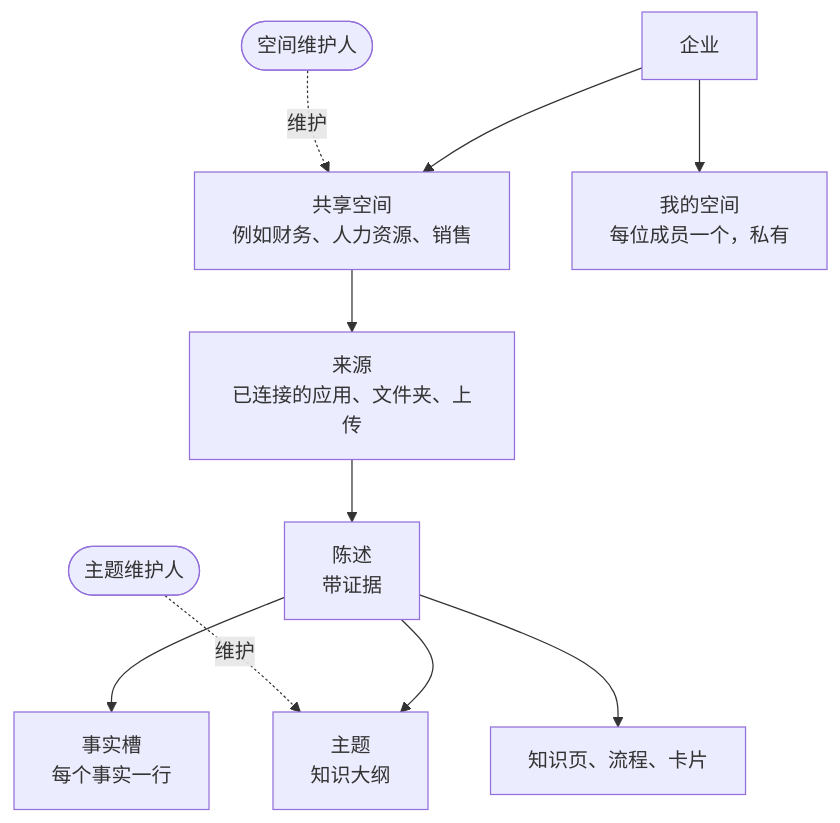
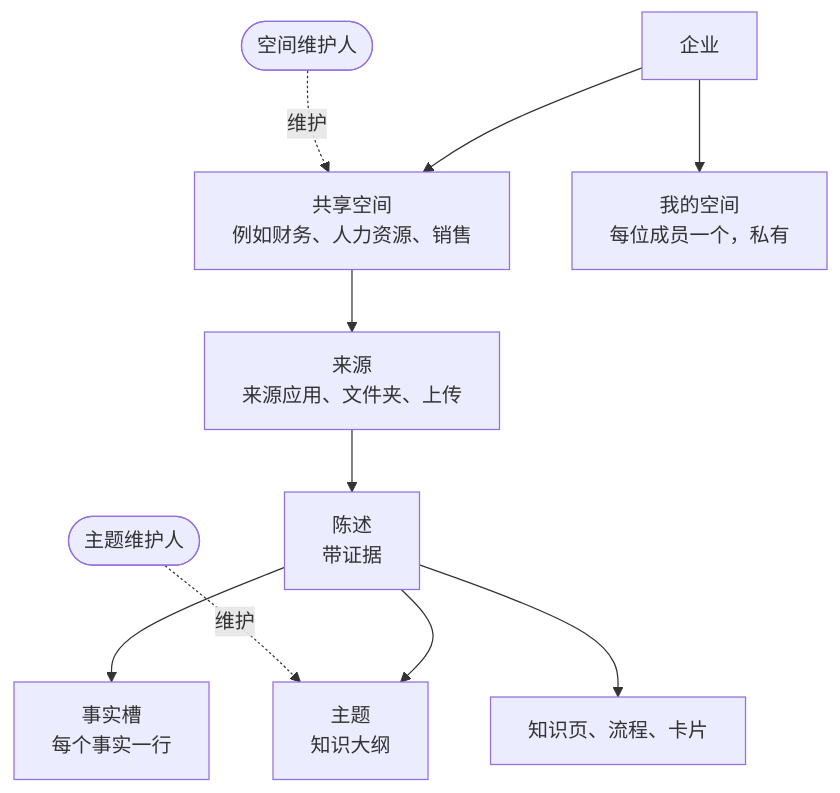
The second of 17 diagrams in docs/zh/overview.md (AngelMsger/Inspiration), drawn with Mermaid before and after one commit. The commit also changed other lines of this file and 3 other files, not shown here.

````diff
--- a/docs/zh/overview.md
+++ b/docs/zh/overview.md
@@ -108,12 +108,12 @@
 ```mermaid
 flowchart TB
   C[企业] --> SP["共享空间<br/>例如财务、人力资源、销售"]
   C --> MY["我的空间<br/>每位成员一个，私有"]
-  SP --> SRC["来源<br/>已连接的应用、文件夹、上传"]
+  SP --> SRC["来源<br/>来源应用、文件夹、上传"]
   SRC --> ST["陈述<br/>带证据"]
   ST --> SL["事实槽<br/>每个事实一行"]
   ST --> TP["主题<br/>知识大纲"]
   ST --> PG["知识页、流程、卡片"]
   SO([空间维护人]) -. 维护 .-> SP
   TO([主题维护人]) -. 维护 .-> TP
 ```
````
